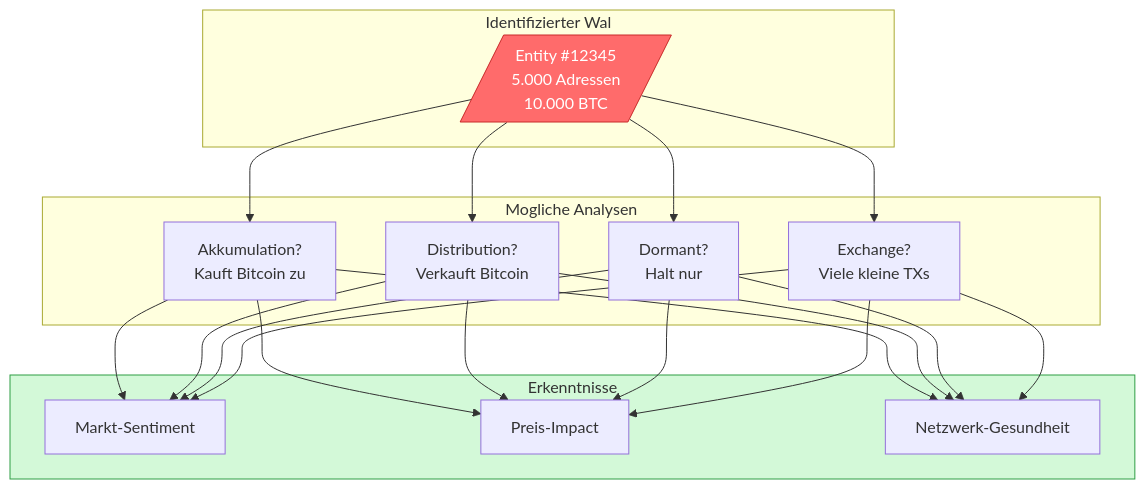
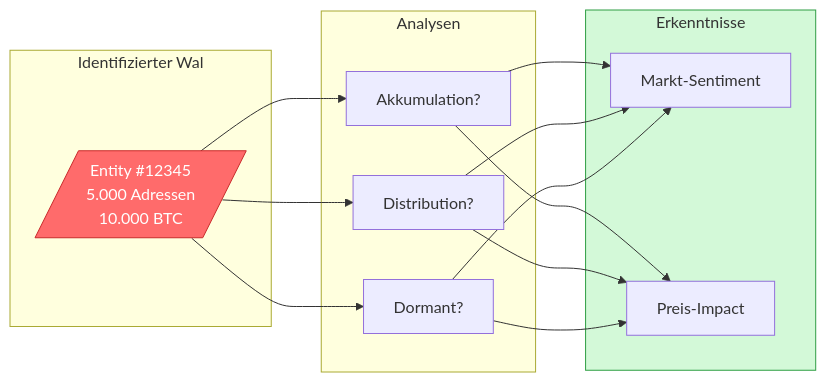
The fifth of 6 diagrams in docs/SIMPLE_EXPLANATION.md (RomanRnlt/bitcoin-whale-intelligence), drawn with Mermaid before and after one commit. The commit also changed other lines of this file and 4 other files, not shown here.

````diff
--- a/docs/SIMPLE_EXPLANATION.md
+++ b/docs/SIMPLE_EXPLANATION.md
@@ -429,25 +180,22 @@
 ```mermaid
-flowchart TB
+flowchart LR
     subgraph whale["Identifizierter Wal"]
         W[/"Entity #12345<br/>5.000 Adressen<br/>10.000 BTC"/]
     end
 
-    subgraph analysis["Mogliche Analysen"]
-        A1["Akkumulation?<br/>Kauft Bitcoin zu"]
-        A2["Distribution?<br/>Verkauft Bitcoin"]
-        A3["Dormant?<br/>Halt nur"]
-        A4["Exchange?<br/>Viele kleine TXs"]
+    subgraph analysis["Analysen"]
+        A1["Akkumulation?"]
+        A2["Distribution?"]
+        A3["Dormant?"]
     end
 
     subgraph insight["Erkenntnisse"]
         I1["Markt-Sentiment"]
         I2["Preis-Impact"]
-        I3["Netzwerk-Gesundheit"]
     end
 
-    W --> A1 & A2 & A3 & A4
-    A1 & A2 & A3 & A4 --> I1 & I2 & I3
+    W --> A1 & A2 & A3 --> I1 & I2
 
     style W fill:#ff6b6b,stroke:#c92a2a,color:#fff
     style insight fill:#d3f9d8,stroke:#2f9e44
 ```
````
